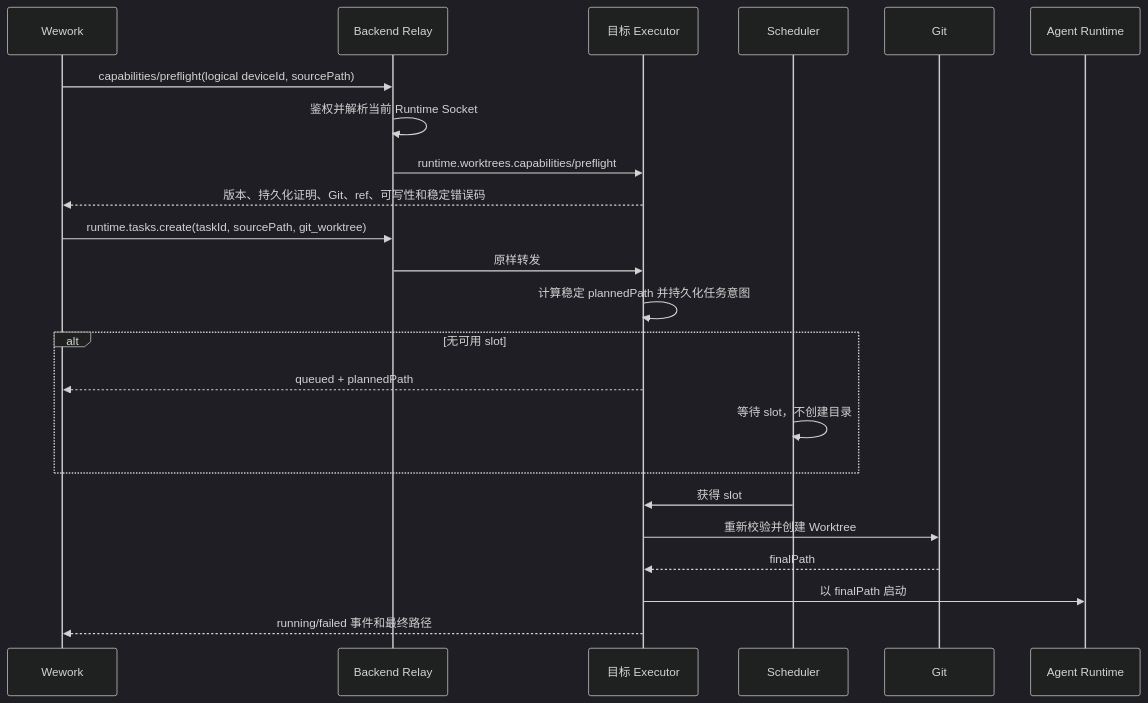
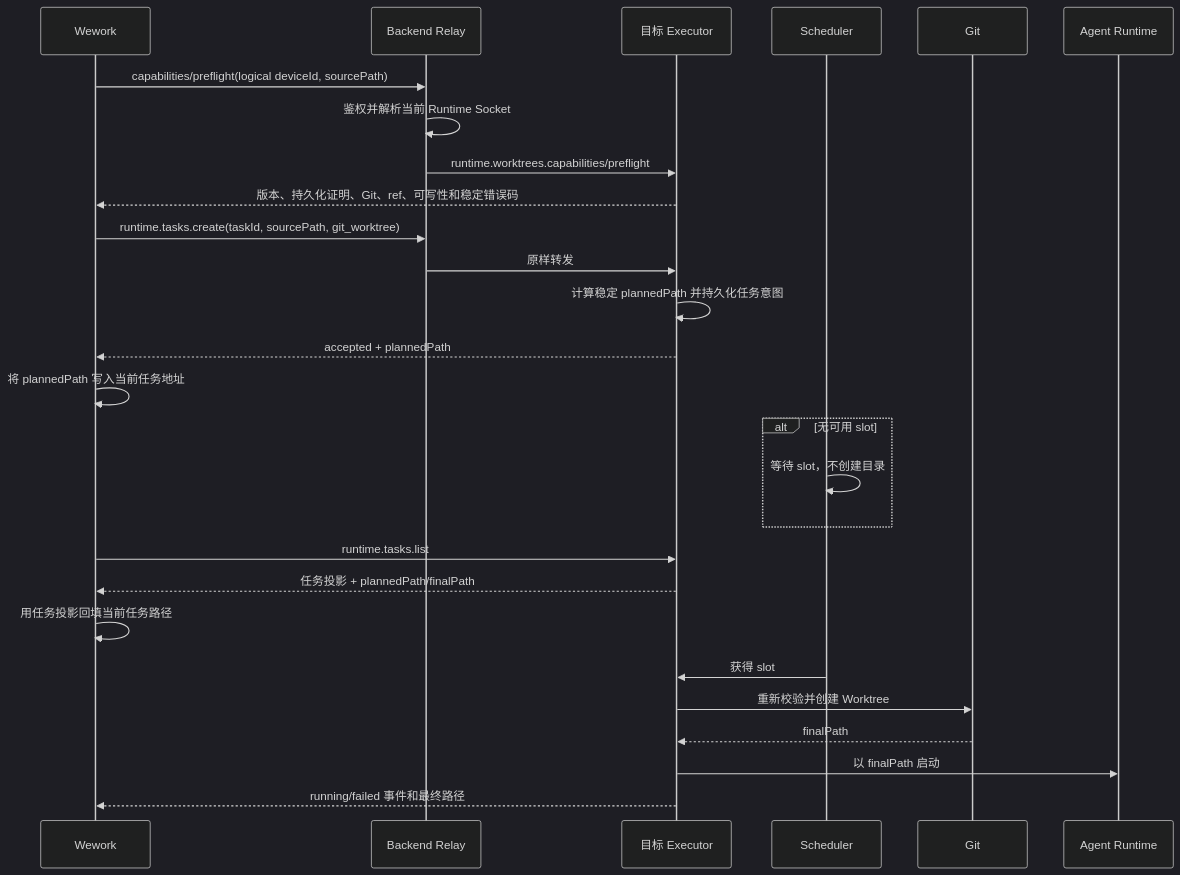
Before and after one commit to wecode-ai/Wegent: the second of 3 diagrams in docs/zh/architecture/git-worktree-execution.md, drawn with Mermaid (dark theme). The commit also changed other lines of this file and 9 other files, not shown here.

````diff
--- a/docs/zh/architecture/git-worktree-execution.md
+++ b/docs/zh/architecture/git-worktree-execution.md
@@ -40,26 +40,30 @@
 ```mermaid
 sequenceDiagram
     participant U as Wework
     participant B as Backend Relay
     participant E as 目标 Executor
     participant S as Scheduler
     participant G as Git
     participant R as Agent Runtime
 
     U->>B: capabilities/preflight(logical deviceId, sourcePath)
     B->>B: 鉴权并解析当前 Runtime Socket
     B->>E: runtime.worktrees.capabilities/preflight
     E-->>U: 版本、持久化证明、Git、ref、可写性和稳定错误码
     U->>B: runtime.tasks.create(taskId, sourcePath, git_worktree)
     B->>E: 原样转发
     E->>E: 计算稳定 plannedPath 并持久化任务意图
+    E-->>U: accepted + plannedPath
+    U->>U: 将 plannedPath 写入当前任务地址
     alt 无可用 slot
-        E-->>U: queued + plannedPath
         S->>S: 等待 slot，不创建目录
     end
+    U->>E: runtime.tasks.list
+    E-->>U: 任务投影 + plannedPath/finalPath
+    U->>U: 用任务投影回填当前任务路径
     S->>E: 获得 slot
     E->>G: 重新校验并创建 Worktree
     G-->>E: finalPath
     E->>R: 以 finalPath 启动
     E-->>U: running/failed 事件和最终路径
 ```
````
